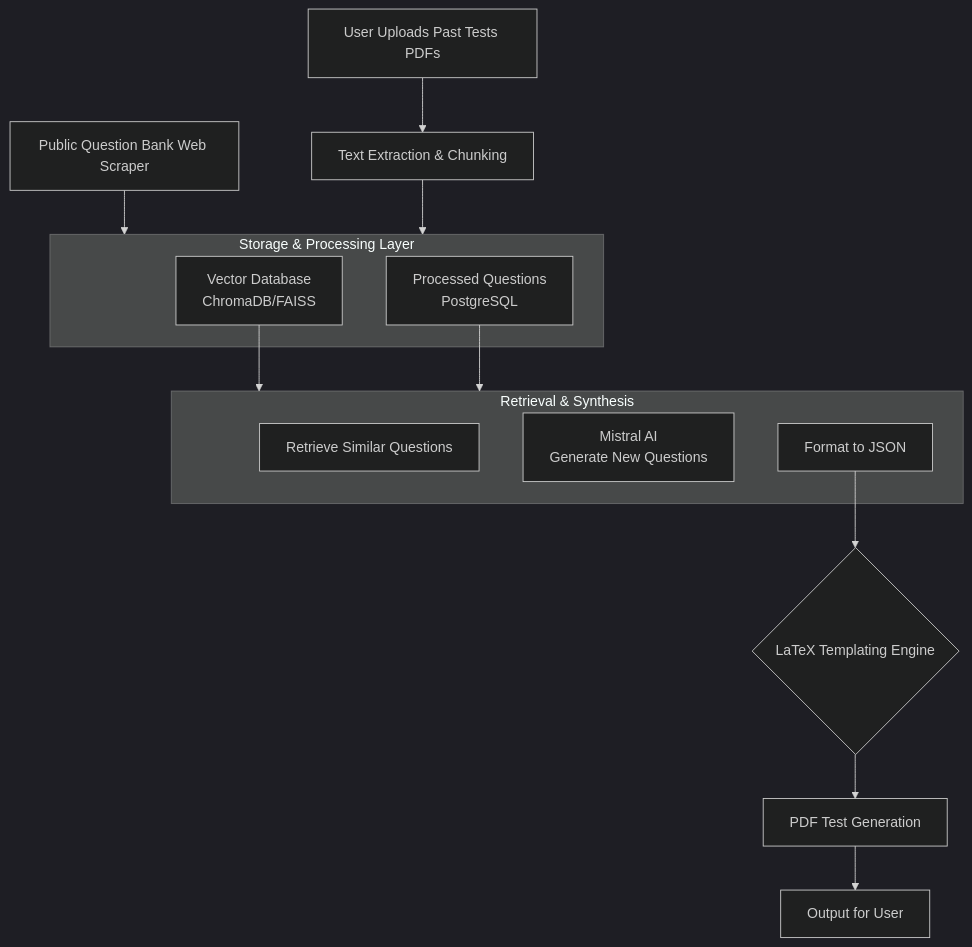
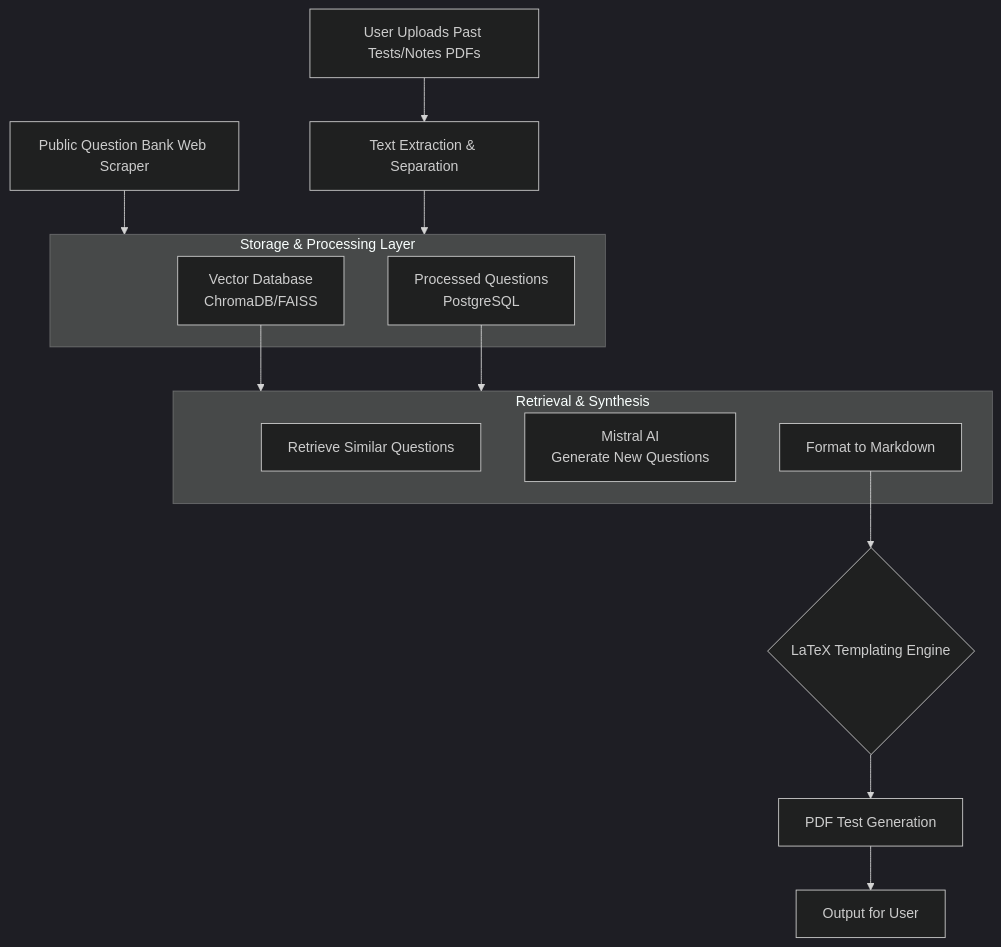
One commit to NadimMussaDaud/MistralAIExamsGenerationApp changed the diagram in README.md. Above: the diagram before and after it, drawn with Mermaid (dark theme).

Commit message:
Update README for clarity in app workflow

````diff
--- a/README.md
+++ b/README.md
@@ -17,24 +17,24 @@
 ```mermaid
 flowchart TD
-    A[User Uploads Past Tests PDFs] --> B[Text Extraction & Chunking]
+    A[User Uploads Past Tests/Notes PDFs] --> B[Text Extraction & Separation]
     C[Public Question Bank Web Scraper] --> D[Storage & Processing Layer]
     B --> D
 
     subgraph D [Storage & Processing Layer]
         D1[Vector Database<br>ChromaDB/FAISS]
         D2[Processed Questions<br>PostgreSQL]
     end
 
     D1 --> E[Retrieval & Synthesis]
     D2 --> E
 
     subgraph E [Retrieval & Synthesis]
         E1[Retrieve Similar Questions]
         E2[Mistral AI<br>Generate New Questions]
-        E3[Format to JSON]
+        E3[Format to Markdown]
     end
 
     E3 --> F{LaTeX Templating Engine}
     F --> G[PDF Test Generation]
     G --> H[Output for User]
 ```
````
